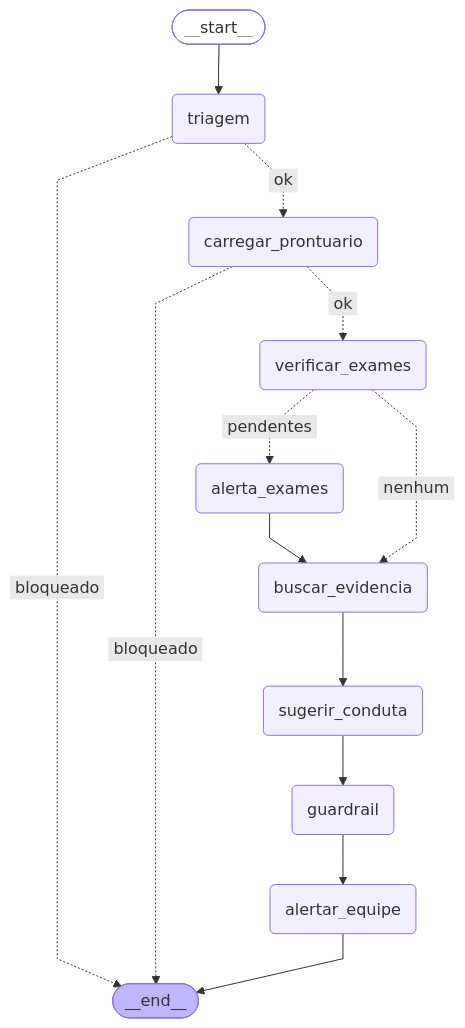
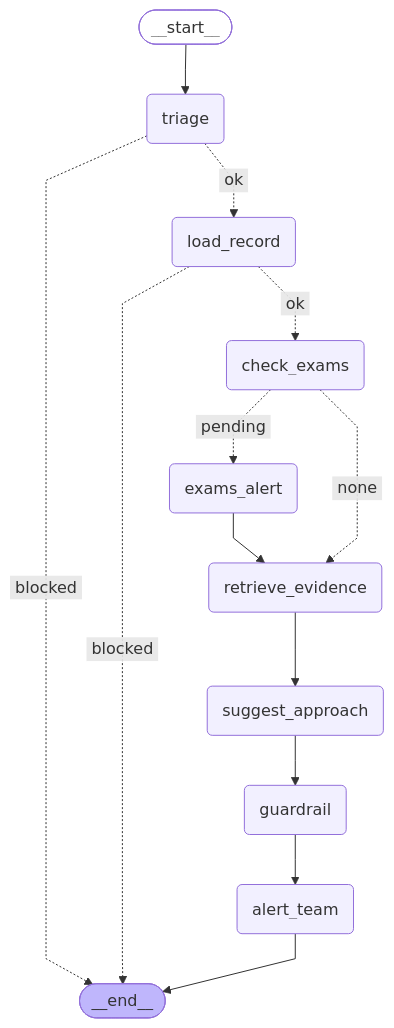
The diagram in docs/fluxo_langgraph.mmd (IA-PARA-DEVS-GRUPO-X/TechChallenge_fase3_9IADT), drawn with Mermaid before and after one commit. The commit also changed 6 other files, not shown here.

```diff
--- a/docs/fluxo_langgraph.mmd
+++ b/docs/fluxo_langgraph.mmd
@@ -1,31 +1,31 @@
 ---
 config:
   flowchart:
     curve: linear
 ---
 graph TD;
 	__start__([<p>__start__</p>]):::first
-	triagem(triagem)
-	carregar_prontuario(carregar_prontuario)
-	verificar_exames(verificar_exames)
-	alerta_exames(alerta_exames)
-	buscar_evidencia(buscar_evidencia)
-	sugerir_conduta(sugerir_conduta)
+	triage(triage)
+	load_record(load_record)
+	check_exams(check_exams)
+	exams_alert(exams_alert)
+	retrieve_evidence(retrieve_evidence)
+	suggest_approach(suggest_approach)
 	guardrail(guardrail)
-	alertar_equipe(alertar_equipe)
+	alert_team(alert_team)
 	__end__([<p>__end__</p>]):::last
-	__start__ --> triagem;
-	alerta_exames --> buscar_evidencia;
-	buscar_evidencia --> sugerir_conduta;
-	carregar_prontuario -. &nbsp;bloqueado&nbsp; .-> __end__;
-	carregar_prontuario -. &nbsp;ok&nbsp; .-> verificar_exames;
-	guardrail --> alertar_equipe;
-	sugerir_conduta --> guardrail;
-	triagem -. &nbsp;bloqueado&nbsp; .-> __end__;
-	triagem -. &nbsp;ok&nbsp; .-> carregar_prontuario;
-	verificar_exames -. &nbsp;pendentes&nbsp; .-> alerta_exames;
-	verificar_exames -. &nbsp;nenhum&nbsp; .-> buscar_evidencia;
-	alertar_equipe --> __end__;
+	__start__ --> triage;
+	check_exams -. &nbsp;pending&nbsp; .-> exams_alert;
+	check_exams -. &nbsp;none&nbsp; .-> retrieve_evidence;
+	exams_alert --> retrieve_evidence;
+	guardrail --> alert_team;
+	load_record -. &nbsp;blocked&nbsp; .-> __end__;
+	load_record -. &nbsp;ok&nbsp; .-> check_exams;
+	retrieve_evidence --> suggest_approach;
+	suggest_approach --> guardrail;
+	triage -. &nbsp;blocked&nbsp; .-> __end__;
+	triage -. &nbsp;ok&nbsp; .-> load_record;
+	alert_team --> __end__;
 	classDef default fill:#f2f0ff,line-height:1.2
 	classDef first fill-opacity:0
 	classDef last fill:#bfb6fc
```
